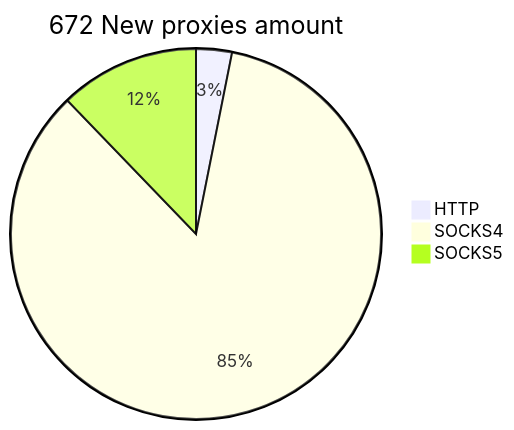
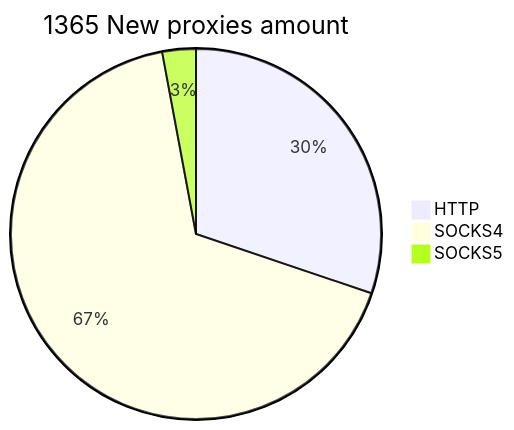
Before and after one commit to cutipu/proxylist: the second of 2 diagrams in README.md, drawn with Mermaid. The commit also changed other lines of this file, not shown here.

````diff
--- a/README.md
+++ b/README.md
@@ -10,6 +10,6 @@
 ```mermaid
-pie title 672 New proxies amount
-    "HTTP" : 21
-    "SOCKS4" : 569
-    "SOCKS5" : 82
+pie title 1365 New proxies amount
+    "HTTP" : 412
+    "SOCKS4" : 913
+    "SOCKS5" : 40
 ```
````
